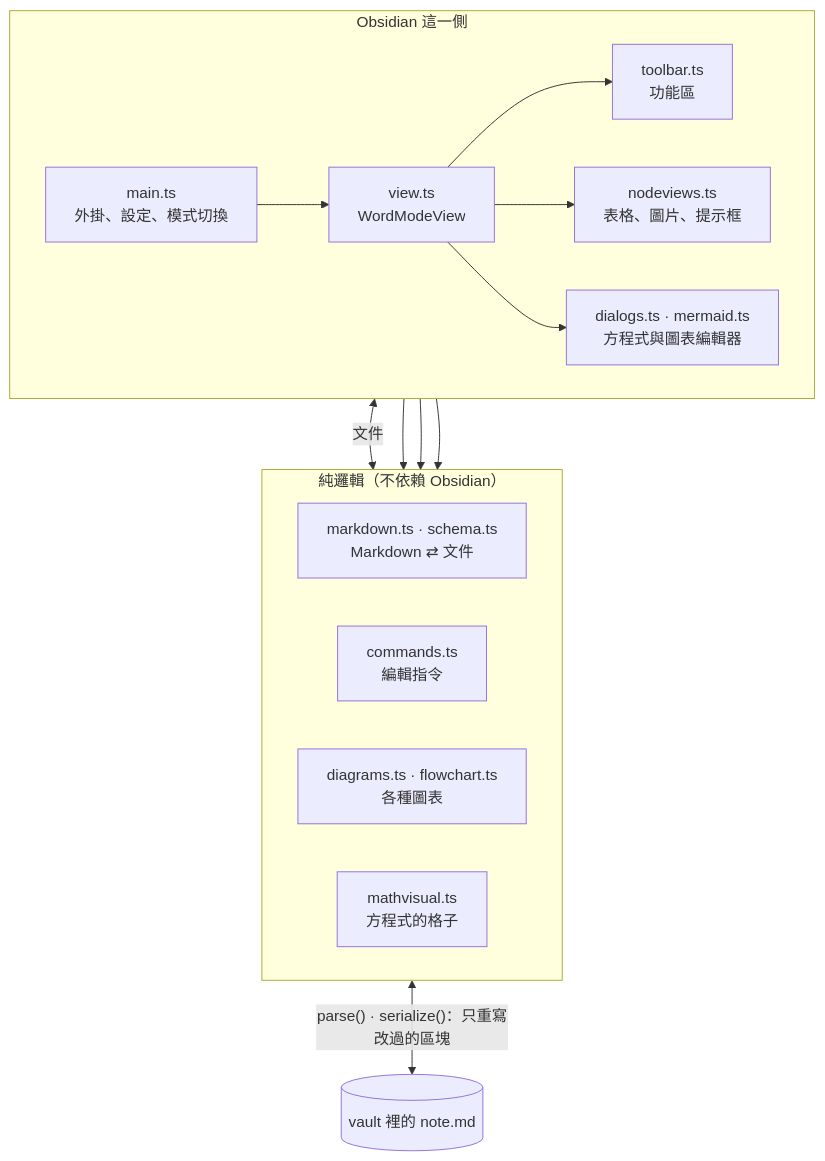
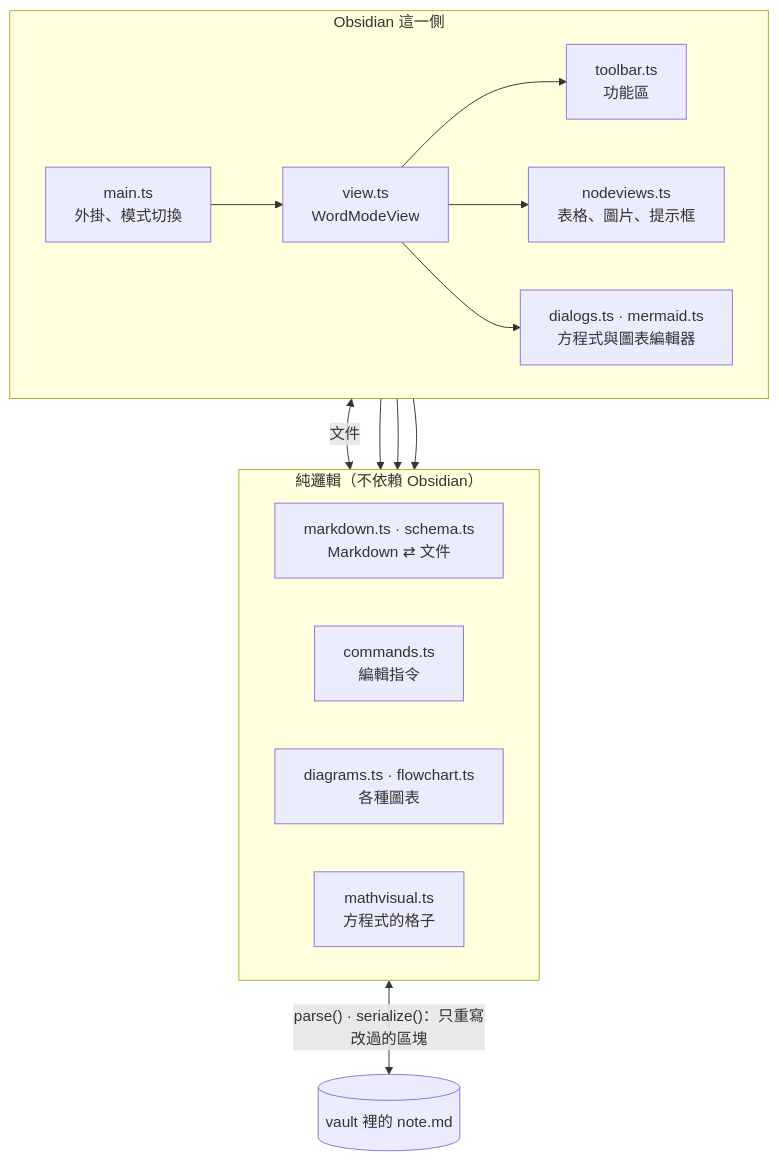
One commit to NatLee/obsidian-word-mode changed the first of 3 diagrams in docs/development.zh-TW.md. Above: the diagram before and after it, drawn with Mermaid. The commit also changed other lines of this file and 9 other files, not shown here.

````diff
--- a/docs/development.zh-TW.md
+++ b/docs/development.zh-TW.md
@@ -35,23 +35,23 @@
 ```mermaid
 flowchart TB
   subgraph obs["Obsidian 這一側"]
     direction LR
-    main["main.ts<br/>外掛、設定、模式切換"] --> view["view.ts<br/>WordModeView"]
+    main["main.ts<br/>外掛、模式切換"] --> view["view.ts<br/>WordModeView"]
     view --> toolbar["toolbar.ts<br/>功能區"]
     view --> nodeviews["nodeviews.ts<br/>表格、圖片、提示框"]
     view --> editors["dialogs.ts · mermaid.ts<br/>方程式與圖表編輯器"]
   end
   subgraph pure["純邏輯（不依賴 Obsidian）"]
     direction LR
     markdown["markdown.ts · schema.ts<br/>Markdown ⇄ 文件"]
     commands["commands.ts<br/>編輯指令"]
     kinds["diagrams.ts · flowchart.ts<br/>各種圖表"]
     mathv["mathvisual.ts<br/>方程式的格子"]
   end
   file[("vault 裡的 note.md")]
   view <-- "文件" --> markdown
   toolbar --> commands
   editors --> kinds
   editors --> mathv
   markdown <-- "parse() · serialize()：只重寫改過的區塊" --> file
 ```
````
